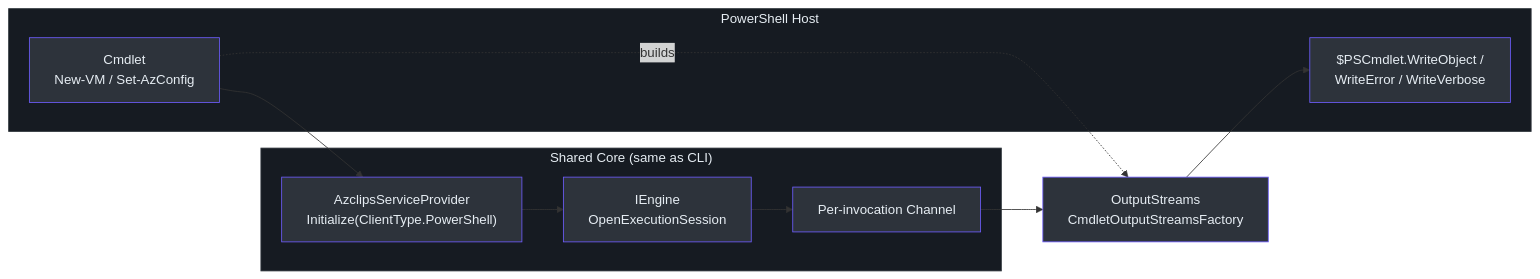
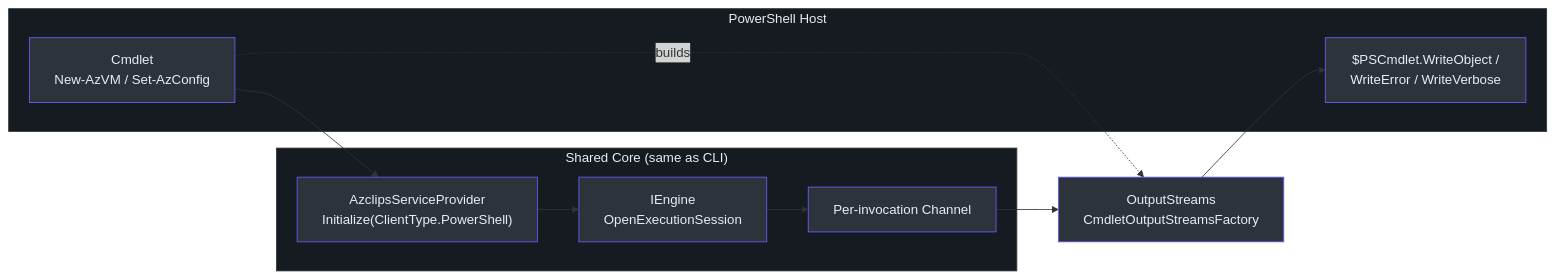
Before and after one commit to Azure/azclips: the second of 2 diagrams in wiki/01-getting-started/powershell-usage.md, drawn with Mermaid. The commit also changed other lines of this file and 49 other files, not shown here.

````diff
--- a/wiki/01-getting-started/powershell-usage.md
+++ b/wiki/01-getting-started/powershell-usage.md
@@ -94,25 +94,25 @@
 ```mermaid
 graph LR
     subgraph psh["PowerShell Host"]
-        CMD["Cmdlet<br>New-VM / Set-AzConfig"]
+        CMD["Cmdlet<br>New-AzVM / Set-AzConfig"]
         WO["$PSCmdlet.WriteObject /<br>WriteError / WriteVerbose"]
     end
     subgraph shared["Shared Core (same as CLI)"]
         DI["AzclipsServiceProvider<br>Initialize(ClientType.PowerShell)"]
         ENG["IEngine<br>OpenExecutionSession"]
         CH["Per-invocation Channel"]
     end
     OS["OutputStreams<br>CmdletOutputStreamsFactory"]
 
     CMD --> DI --> ENG --> CH --> OS --> WO
     CMD -. builds .-> OS
 
     style CMD fill:#2d333b,stroke:#6d5dfc,color:#e6edf3
     style WO fill:#2d333b,stroke:#6d5dfc,color:#e6edf3
     style DI fill:#2d333b,stroke:#6d5dfc,color:#e6edf3
     style ENG fill:#2d333b,stroke:#6d5dfc,color:#e6edf3
     style CH fill:#2d333b,stroke:#6d5dfc,color:#e6edf3
     style OS fill:#2d333b,stroke:#6d5dfc,color:#e6edf3
     style psh fill:#161b22,stroke:#30363d,color:#e6edf3
     style shared fill:#161b22,stroke:#30363d,color:#e6edf3
 ```
````
